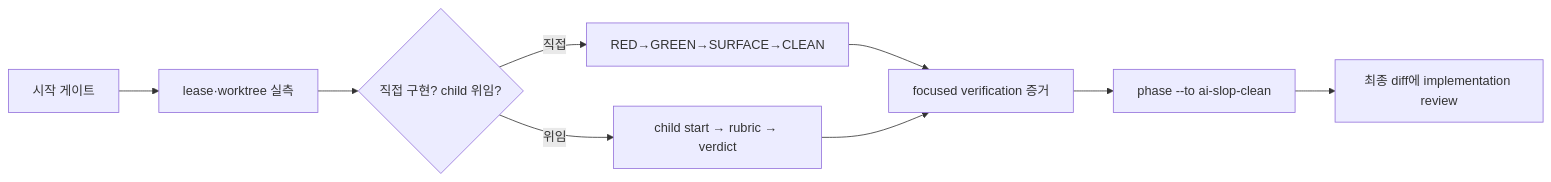
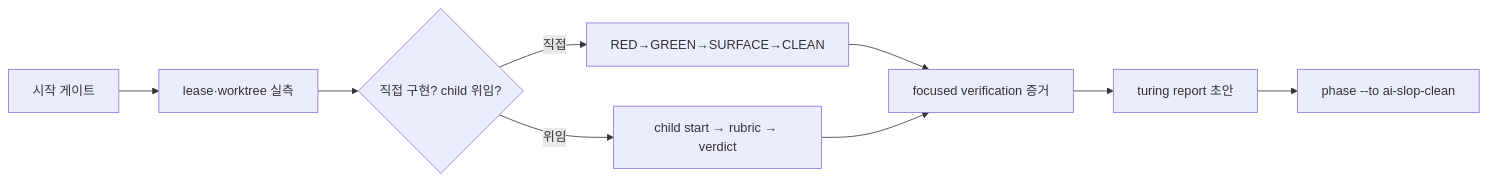
Before and after one commit to m16khb-org/agent-harness: the diagram in skills/issueops-implement/SKILL.md, drawn with Mermaid. The commit also changed other lines of this file and 2 other files, not shown here.

First line of the commit message:
docs(skill): narrow issueops-implement to implementation and the ai-slop-clean exit

````diff
--- a/skills/issueops-implement/SKILL.md
+++ b/skills/issueops-implement/SKILL.md
@@ -20,11 +22,11 @@
 ```mermaid
 flowchart LR
   a["시작 게이트"] --> b["lease·worktree 실측"]
   b --> c{"직접 구현? child 위임?"}
   c -->|직접| d["RED→GREEN→SURFACE→CLEAN"]
   c -->|위임| e["child start → rubric → verdict"]
   d --> f["focused verification 증거"]
   e --> f
-  f --> g["phase --to ai-slop-clean"]
-  g --> h["최종 diff에 implementation review"]
+  f --> g["turing report 초안"]
+  g --> h["phase --to ai-slop-clean"]
 ```
````
